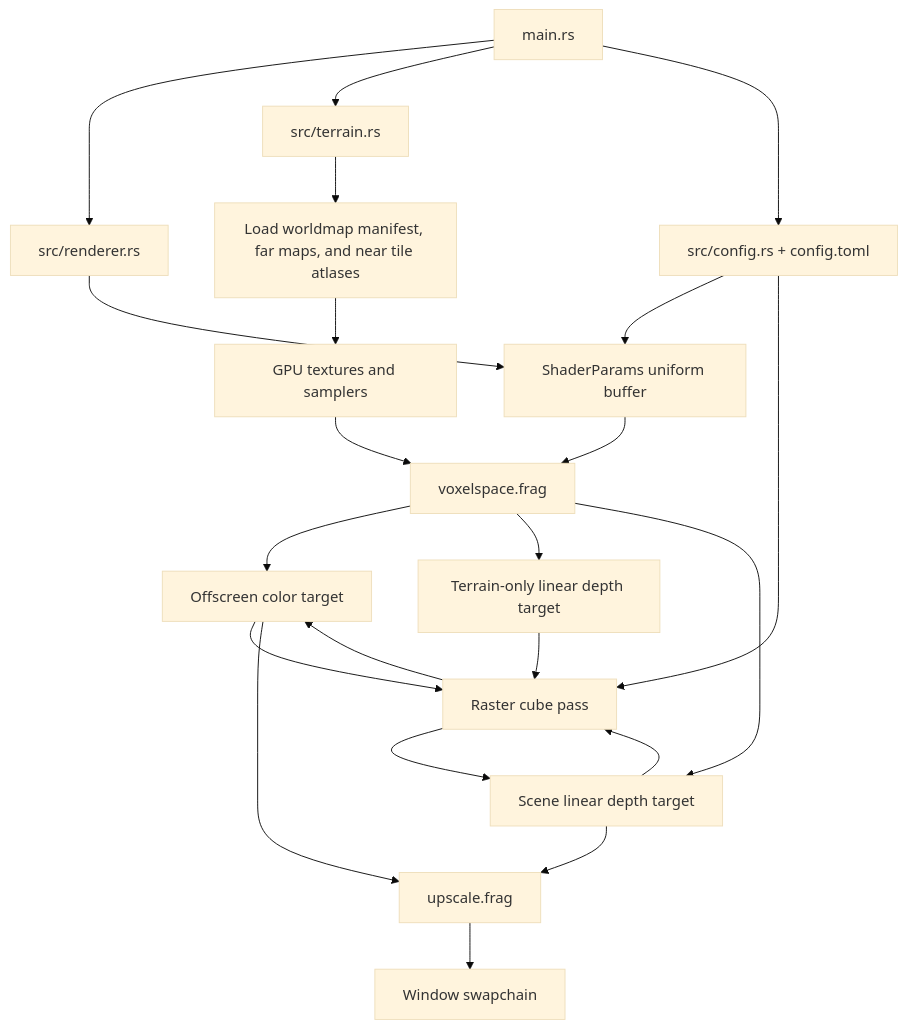
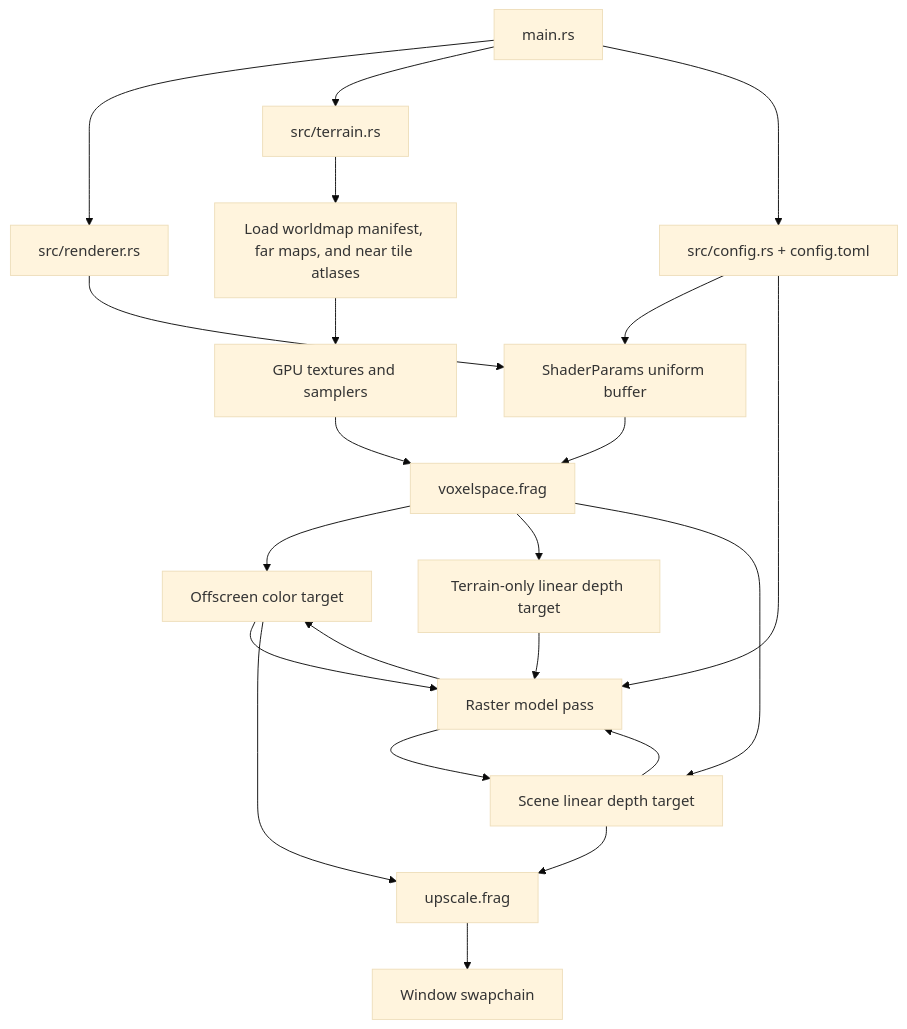
Before and after one commit to lfdwm/tungsten: the diagram in docs/terrain-renderer.md, drawn with Mermaid (base theme). The commit also changed other lines of this file and 10 other files, not shown here.

````diff
--- a/docs/terrain-renderer.md
+++ b/docs/terrain-renderer.md
@@ -17,24 +18,24 @@
 ```mermaid
 flowchart TD
     CPU[main.rs] --> Renderer[src/renderer.rs]
     CPU --> Terrain[src/terrain.rs]
     Terrain --> LoadMaps[Load worldmap manifest, far maps, and near tile atlases]
     LoadMaps --> GPUTextures[GPU textures and samplers]
     CPU --> Config[src/config.rs + config.toml]
     Renderer --> Uniforms[ShaderParams uniform buffer]
     Config --> Uniforms
     GPUTextures --> TerrainShader[voxelspace.frag]
     Uniforms --> TerrainShader
     TerrainShader --> LowResColor[Offscreen color target]
     TerrainShader --> TerrainDepth[Terrain-only linear depth target]
     TerrainShader --> SceneDepth[Scene linear depth target]
-    Config --> RasterCube[Raster cube pass]
-    TerrainDepth --> RasterCube
-    LowResColor --> RasterCube
-    SceneDepth --> RasterCube
-    RasterCube --> LowResColor
-    RasterCube --> SceneDepth
+    Config --> RasterModel[Raster model pass]
+    TerrainDepth --> RasterModel
+    LowResColor --> RasterModel
+    SceneDepth --> RasterModel
+    RasterModel --> LowResColor
+    RasterModel --> SceneDepth
     LowResColor --> Upscale[upscale.frag]
     SceneDepth --> Upscale
     Upscale --> Swapchain[Window swapchain]
 ```
````
